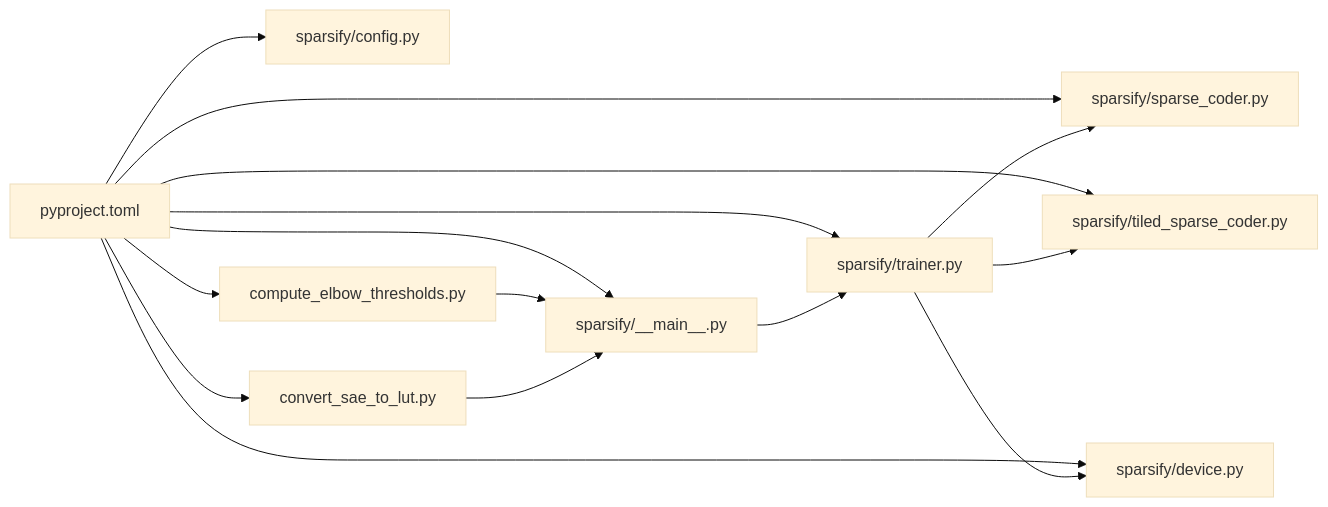
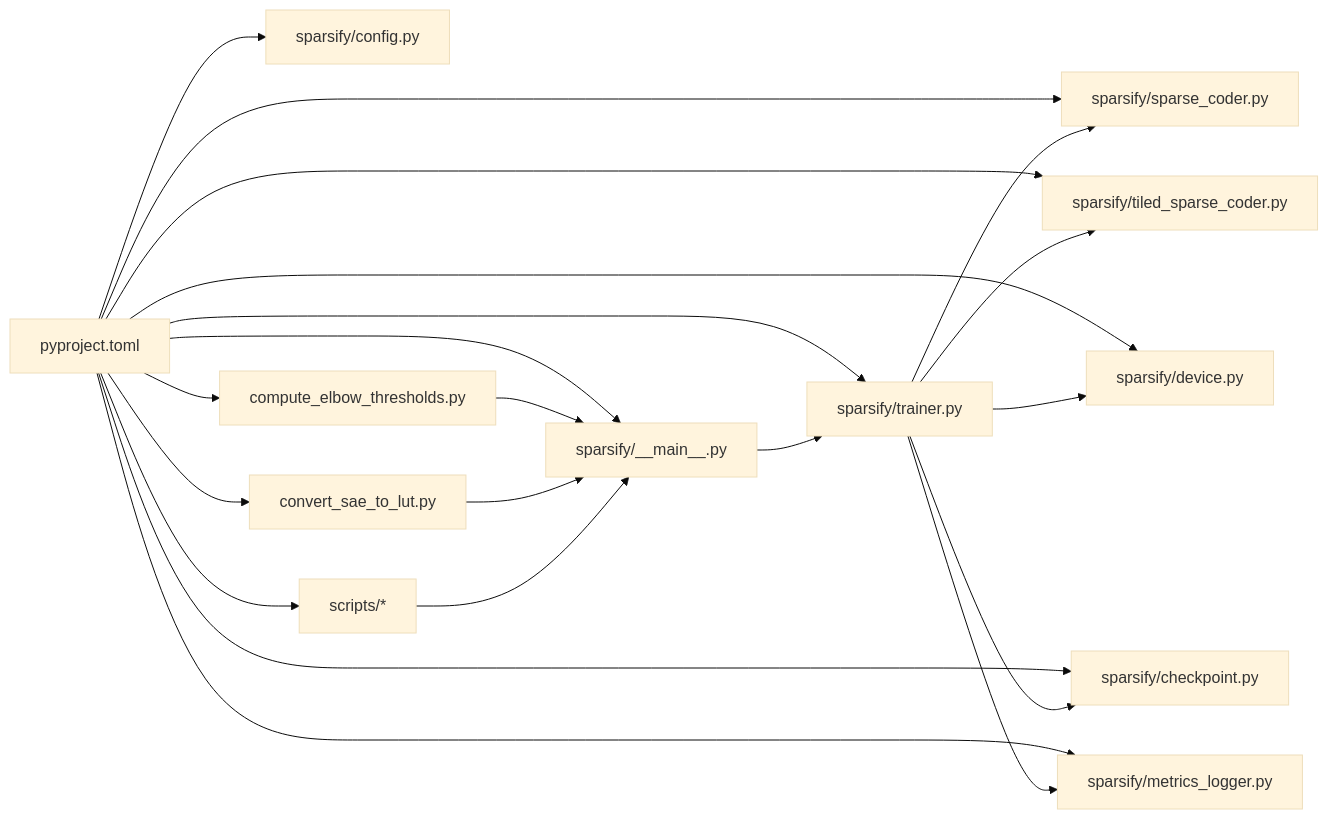
The tenth of 10 diagrams in .qoder/repowiki/zh/content/项目概述/项目概述.md (duanzhaol/sparsify), drawn with Mermaid (base theme) before and after one commit. The commit also changed other lines of this file and 5 other files, not shown here.

````diff
--- a/.qoder/repowiki/zh/content/项目概述/项目概述.md
+++ b/.qoder/repowiki/zh/content/项目概述/项目概述.md
@@ -365,17 +467,23 @@
 ```mermaid
 graph LR
 P["pyproject.toml"] --> T["sparsify/trainer.py"]
 P --> C["sparsify/config.py"]
 P --> S["sparsify/sparse_coder.py"]
 P --> TS["sparsify/tiled_sparse_coder.py"]
 P --> D["sparsify/device.py"]
 P --> CLI["sparsify/__main__.py"]
+P --> CP["sparsify/checkpoint.py"]
+P --> ML["sparsify/metrics_logger.py"]
 P --> THR["compute_elbow_thresholds.py"]
 P --> LUT["convert_sae_to_lut.py"]
+P --> SCR["scripts/*"]
 CLI --> T
 T --> S
 T --> TS
 T --> D
+T --> CP
+T --> ML
 THR --> CLI
 LUT --> CLI
+SCR --> CLI
 ```
````
